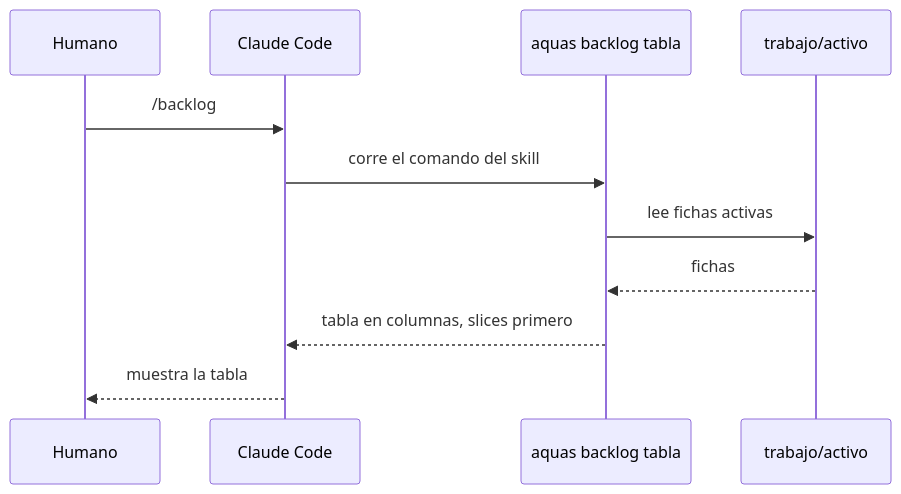
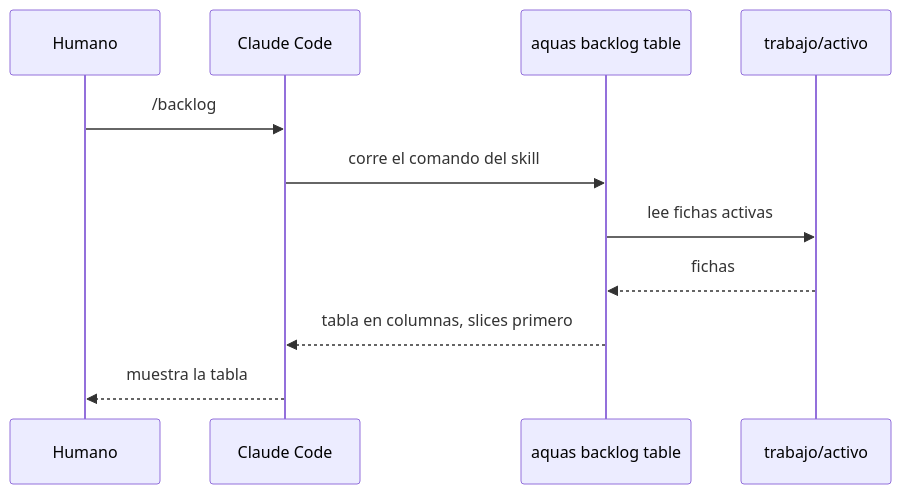
Before and after one commit to jliberal-aquas/aquas-central-harness-government: the diagram in docs/E001/F007/S002.md, drawn with Mermaid. The commit also changed other lines of this file and 184 other files, not shown here.

````diff
--- a/docs/E001/F007/S002.md
+++ b/docs/E001/F007/S002.md
@@ -60,13 +60,13 @@
 ```mermaid
 sequenceDiagram
     participant H as Humano
     participant C as Claude Code
-    participant A as aquas backlog tabla
+    participant A as aquas backlog table
     participant T as trabajo/activo
     H->>C: /backlog
     C->>A: corre el comando del skill
     A->>T: lee fichas activas
     T-->>A: fichas
     A-->>C: tabla en columnas, slices primero
     C-->>H: muestra la tabla
 ```
````
